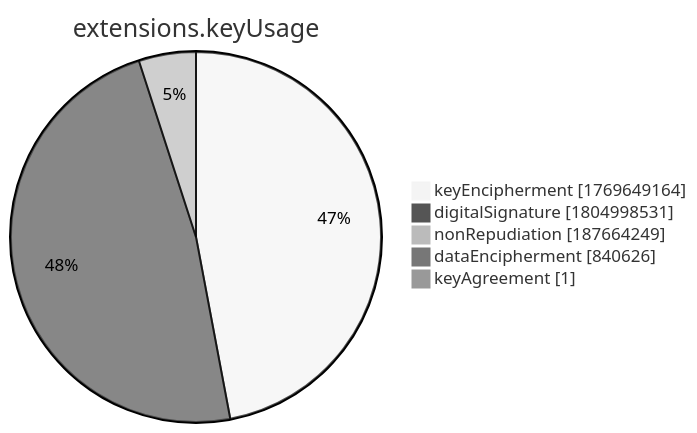
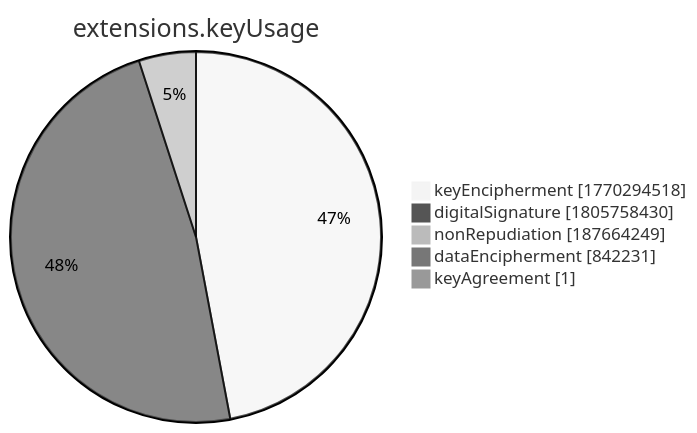
The seventh of 15 diagrams in xenon2022/README.md (christiankrug/ctmonitor_visualization), drawn with Mermaid (neutral theme) before and after one commit. The commit also changed other lines of this file, not shown here.

````diff
--- a/xenon2022/README.md
+++ b/xenon2022/README.md
@@ -2859,9 +2859,9 @@
 ```mermaid
 pie showData
 title extensions.keyUsage
-"keyEncipherment" :1769649164
-"digitalSignature" :1804998531
+"keyEncipherment" :1770294518
+"digitalSignature" :1805758430
 "nonRepudiation" :187664249
-"dataEncipherment" :840626
+"dataEncipherment" :842231
 "keyAgreement" :1
 ```
````
